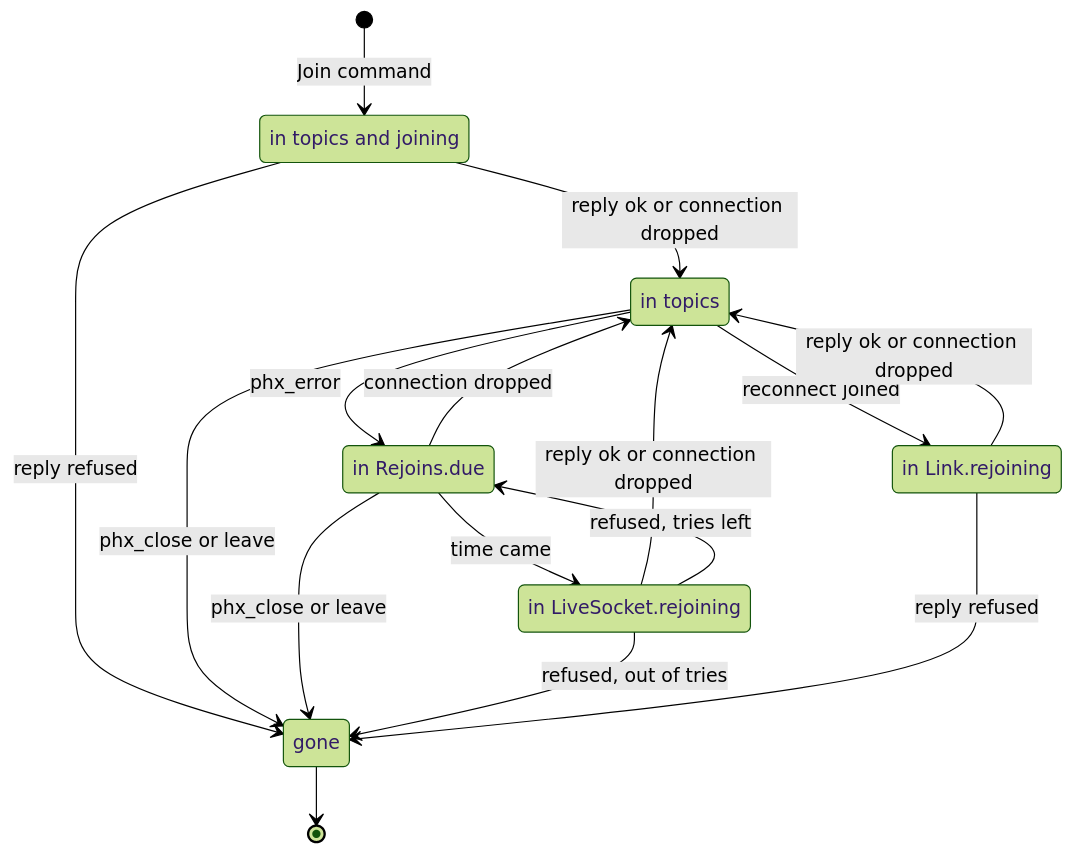
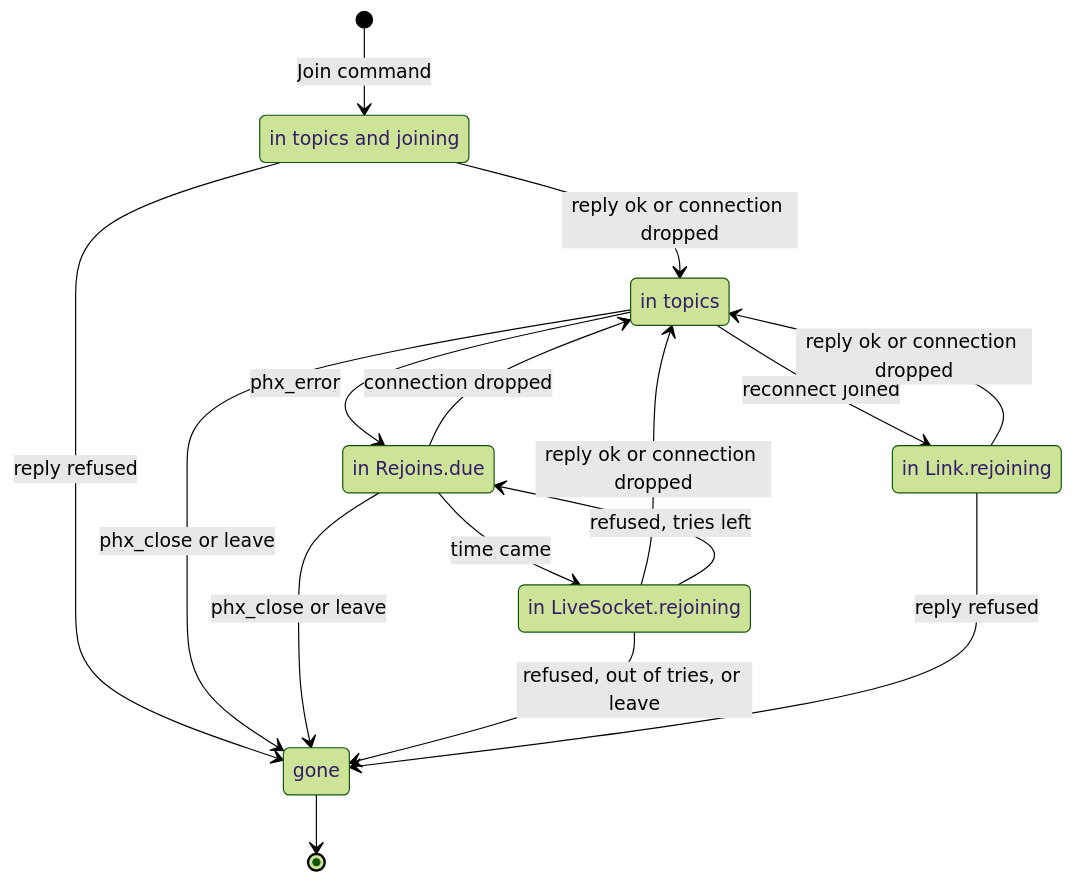
One commit to balaurengine/balaur changed diagram 16 of 21 in docs/LIFECYCLE-networking.md. Above: the diagram before and after it, drawn with Mermaid (forest theme). The commit also changed other lines of this file and 57 other files, not shown here.

````diff
--- a/docs/LIFECYCLE-networking.md
+++ b/docs/LIFECYCLE-networking.md
@@ -976,24 +979,24 @@
 ```mermaid
 stateDiagram-v2
     state "in topics and joining" as Joining
     state "in topics" as Joined
     state "in Link.rejoining" as Rejoining
     state "in Rejoins.due" as Due
     state "in LiveSocket.rejoining" as Retrying
     state "gone" as Gone
     [*] --> Joining: Join command
     Joining --> Joined: reply ok or connection dropped
     Joining --> Gone: reply refused
     Joined --> Due: phx_error
     Joined --> Gone: phx_close or leave
     Due --> Retrying: time came
     Due --> Gone: phx_close or leave
     Due --> Joined: connection dropped
     Retrying --> Joined: reply ok or connection dropped
     Retrying --> Due: refused, tries left
-    Retrying --> Gone: refused, out of tries
+    Retrying --> Gone: refused, out of tries, or leave
     Joined --> Rejoining: reconnect joined
     Rejoining --> Joined: reply ok or connection dropped
     Rejoining --> Gone: reply refused
     Gone --> [*]
 ```
````
